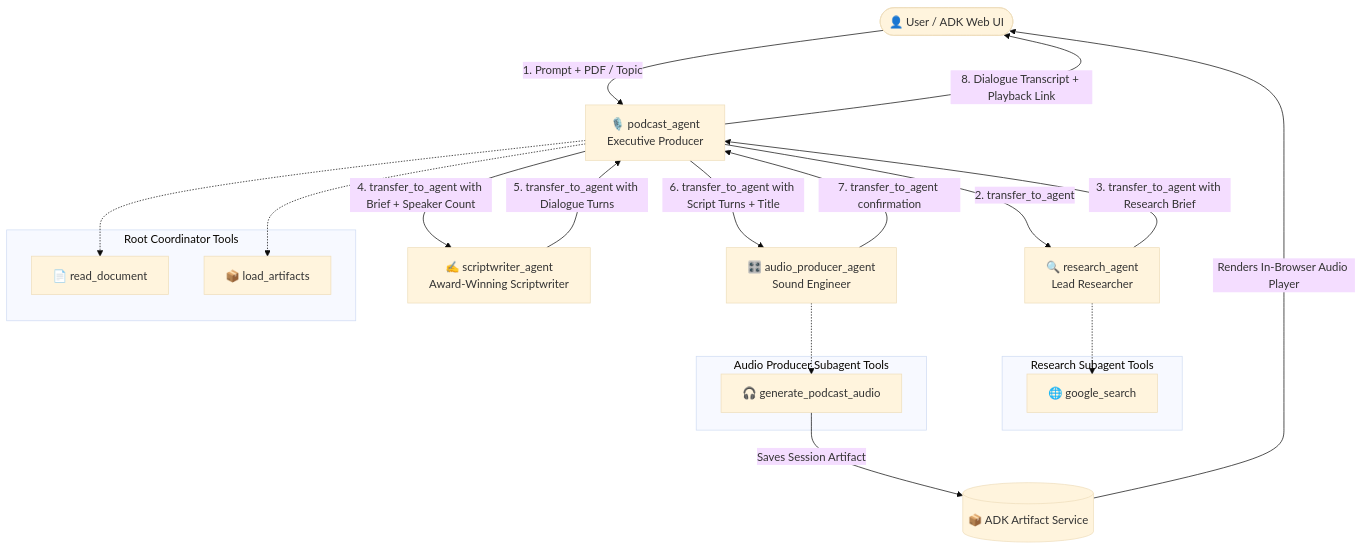
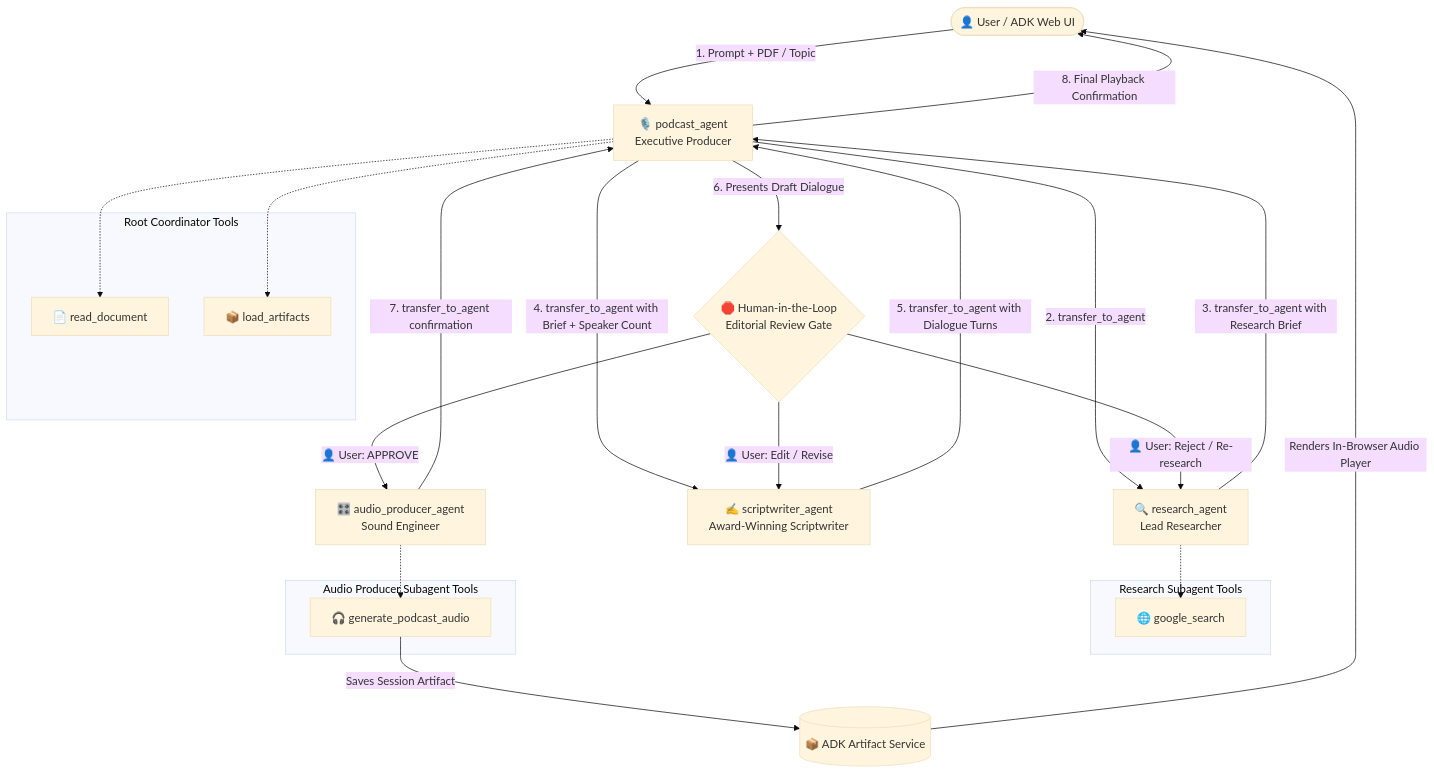
Before and after one commit to SachinMishra-ux/Agent_Development_Kit: the first of 4 diagrams in podcast_agent/docs/architecture_and_audio_generation_guide.md, drawn with Mermaid (base theme). The commit also changed other lines of this file and 44 other files, not shown here.

First line of the commit message:
Add documentation for Vertex AI RAG Agent including README, command guide, and architecture overview

````diff
--- a/podcast_agent/docs/architecture_and_audio_generation_guide.md
+++ b/podcast_agent/docs/architecture_and_audio_generation_guide.md
@@ -11,32 +11,37 @@
 ```mermaid
 graph TD
     User([👤 User / ADK Web UI]) -->|1. Prompt + PDF / Topic| Coordinator[🎙️ podcast_agent<br/>Executive Producer]
-    
+  
     subgraph "Root Coordinator Tools"
         DocTool[📄 read_document]
         ArtTool[📦 load_artifacts]
     end
     Coordinator -.-> DocTool
     Coordinator -.-> ArtTool
 
     Coordinator -->|2. transfer_to_agent| Researcher[🔍 research_agent<br/>Lead Researcher]
     subgraph "Research Subagent Tools"
         SearchTool[🌐 google_search]
     end
     Researcher -.-> SearchTool
     Researcher -->|3. transfer_to_agent with Research Brief| Coordinator
 
     Coordinator -->|4. transfer_to_agent with Brief + Speaker Count| Scriptwriter[✍️ scriptwriter_agent<br/>Award-Winning Scriptwriter]
     Scriptwriter -->|5. transfer_to_agent with Dialogue Turns| Coordinator
 
-    Coordinator -->|6. transfer_to_agent with Script Turns + Title| AudioProducer[🎛️ audio_producer_agent<br/>Sound Engineer]
+    %% Human-in-the-Loop Mandatory Approval Gate
+    Coordinator -->|6. Presents Draft Dialogue| ReviewGate{🛑 Human-in-the-Loop<br/>Editorial Review Gate}
+    ReviewGate -->|👤 User: Edit / Revise| Scriptwriter
+    ReviewGate -->|👤 User: Reject / Re-research| Researcher
+    ReviewGate -->|👤 User: APPROVE| AudioProducer[🎛️ audio_producer_agent<br/>Sound Engineer]
+
     subgraph "Audio Producer Subagent Tools"
         AudioTool[🎧 generate_podcast_audio]
     end
     AudioProducer -.-> AudioTool
     AudioTool -->|Saves Session Artifact| ADKArtifacts[(📦 ADK Artifact Service)]
     AudioProducer -->|7. transfer_to_agent confirmation| Coordinator
 
-    Coordinator -->|8. Dialogue Transcript + Playback Link| User
+    Coordinator -->|8. Final Playback Confirmation| User
     ADKArtifacts -->|Renders In-Browser Audio Player| User
 ```
````
